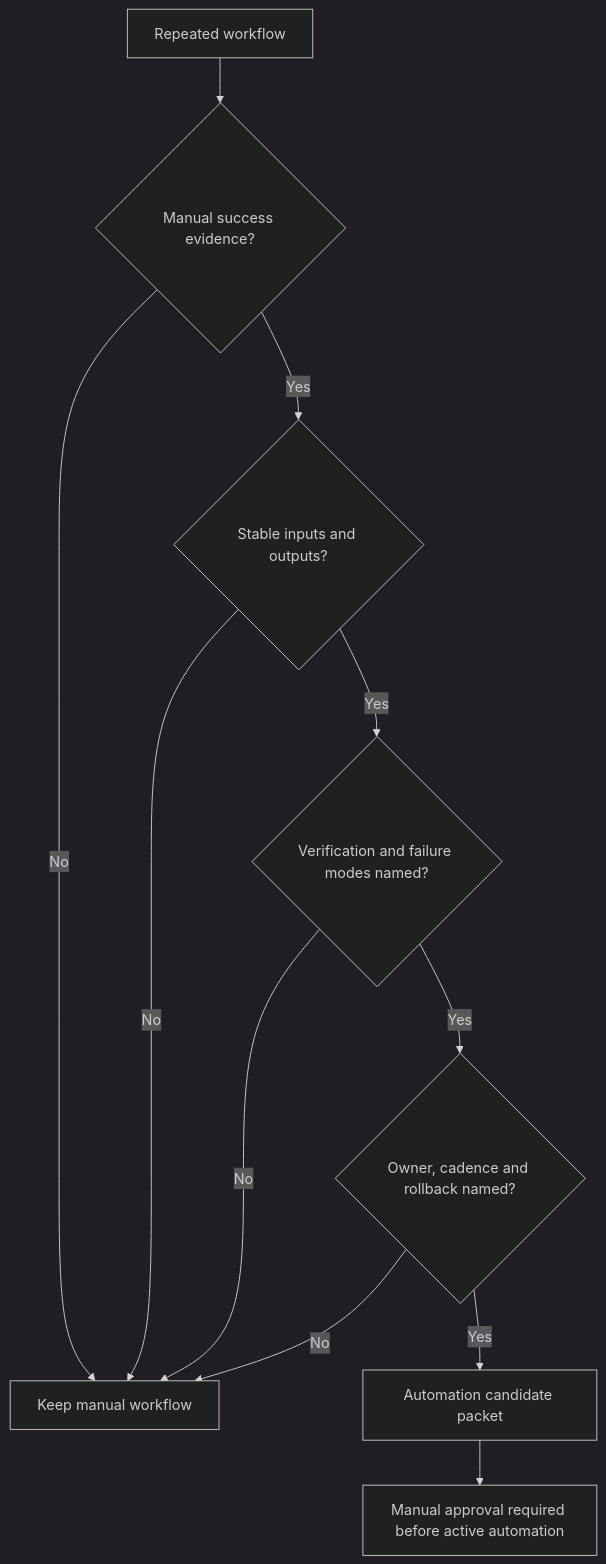
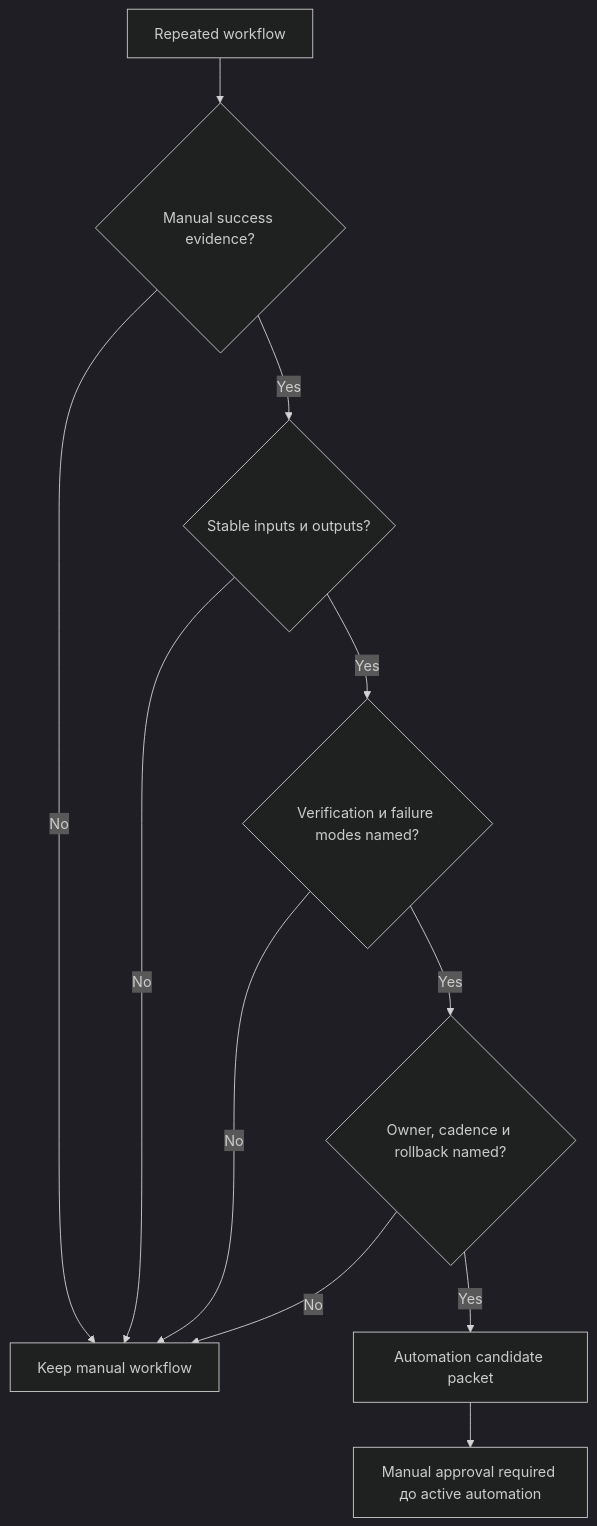
The ninth of 9 diagrams in docs/product-agent-os/architecture.md (alexroadcaster/product-agent-os), drawn with Mermaid (dark theme) before and after one commit. The commit also changed other lines of this file and 447 other files, not shown here.

````diff
--- a/docs/product-agent-os/architecture.md
+++ b/docs/product-agent-os/architecture.md
@@ -218,13 +218,13 @@
 ```mermaid
 flowchart TD
     A["Repeated workflow"] --> B{"Manual success evidence?"}
     B -->|No| C["Keep manual workflow"]
-    B -->|Yes| D{"Stable inputs and outputs?"}
+    B -->|Yes| D{"Stable inputs и outputs?"}
     D -->|No| C
-    D -->|Yes| E{"Verification and failure modes named?"}
+    D -->|Yes| E{"Verification и failure modes named?"}
     E -->|No| C
-    E -->|Yes| F{"Owner, cadence and rollback named?"}
+    E -->|Yes| F{"Owner, cadence и rollback named?"}
     F -->|No| C
     F -->|Yes| G["Automation candidate packet"]
-    G --> H["Manual approval required before active automation"]
+    G --> H["Manual approval required до active automation"]
 ```
````
